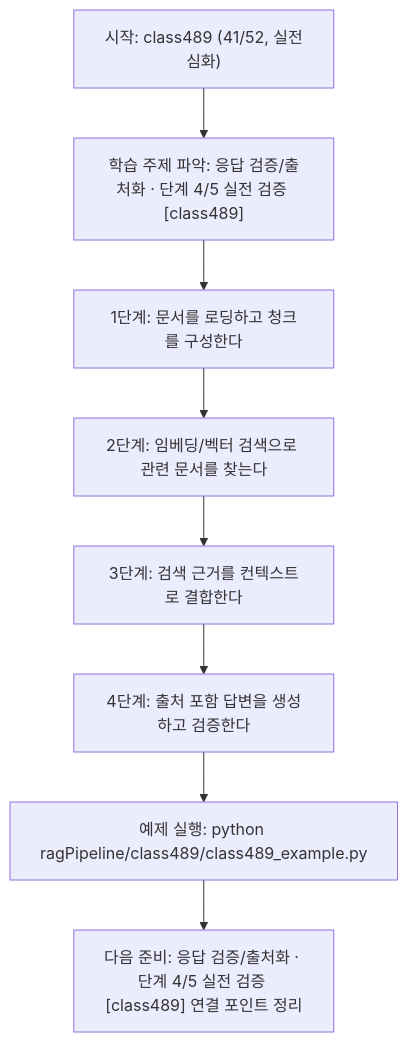
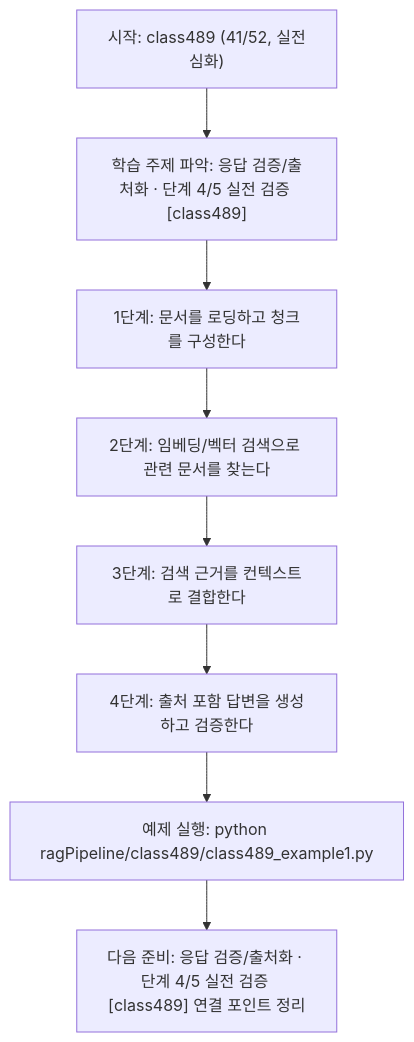
Before and after one commit to edumgt/Python-AI_Agent-Class: the diagram in ragPipeline/class489/class489.md, drawn with Mermaid. The commit also changed other lines of this file and 2959 other files, not shown here.

````diff
--- a/ragPipeline/class489/class489.md
+++ b/ragPipeline/class489/class489.md
@@ -111,18 +111,18 @@
 ```mermaid
 flowchart TD
 N1["시작: class489 (41/52, 실전심화)"]
 N2["학습 주제 파악: 응답 검증/출처화 · 단계 4/5 실전 검증 [class489]"]
 N3["1단계: 문서를 로딩하고 청크를 구성한다"]
 N4["2단계: 임베딩/벡터 검색으로 관련 문서를 찾는다"]
 N5["3단계: 검색 근거를 컨텍스트로 결합한다"]
 N6["4단계: 출처 포함 답변을 생성하고 검증한다"]
-N7["예제 실행: python ragPipeline/class489/class489_example.py"]
+N7["예제 실행: python ragPipeline/class489/class489_example1.py"]
 N8["다음 준비: 응답 검증/출처화 · 단계 4/5 실전 검증 [class489] 연결 포인트 정리"]
 N1 --> N2
 N2 --> N3
 N3 --> N4
 N4 --> N5
 N5 --> N6
 N6 --> N7
 N7 --> N8
 ```
````
